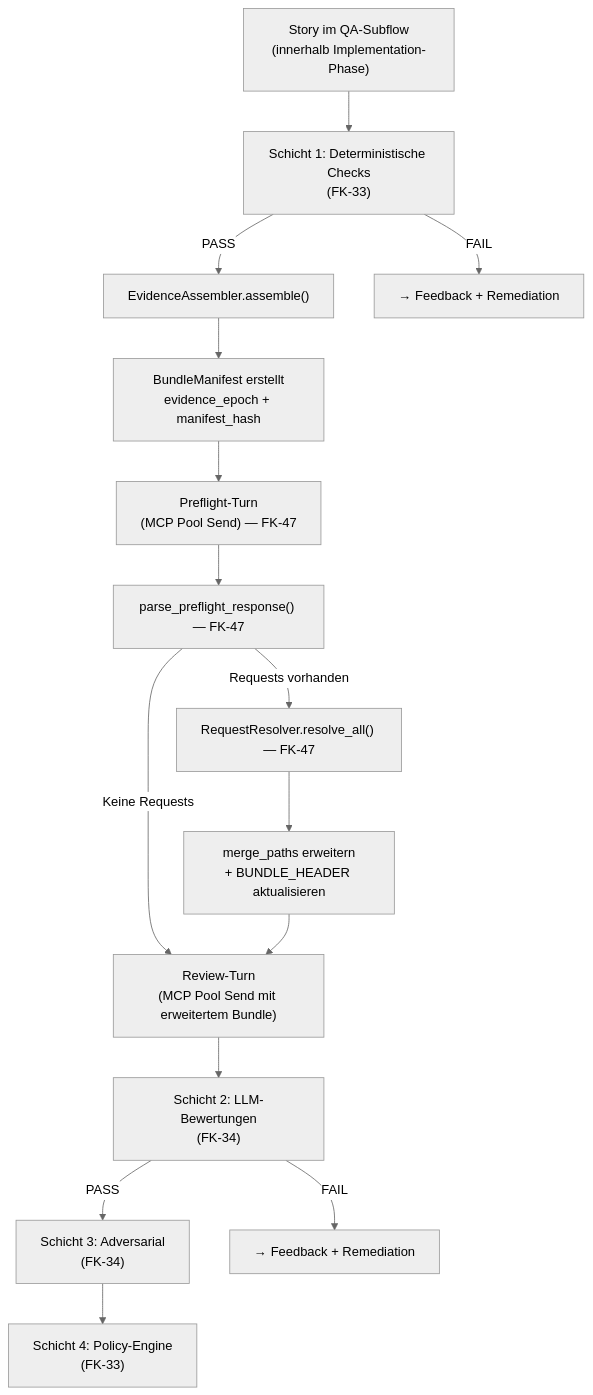
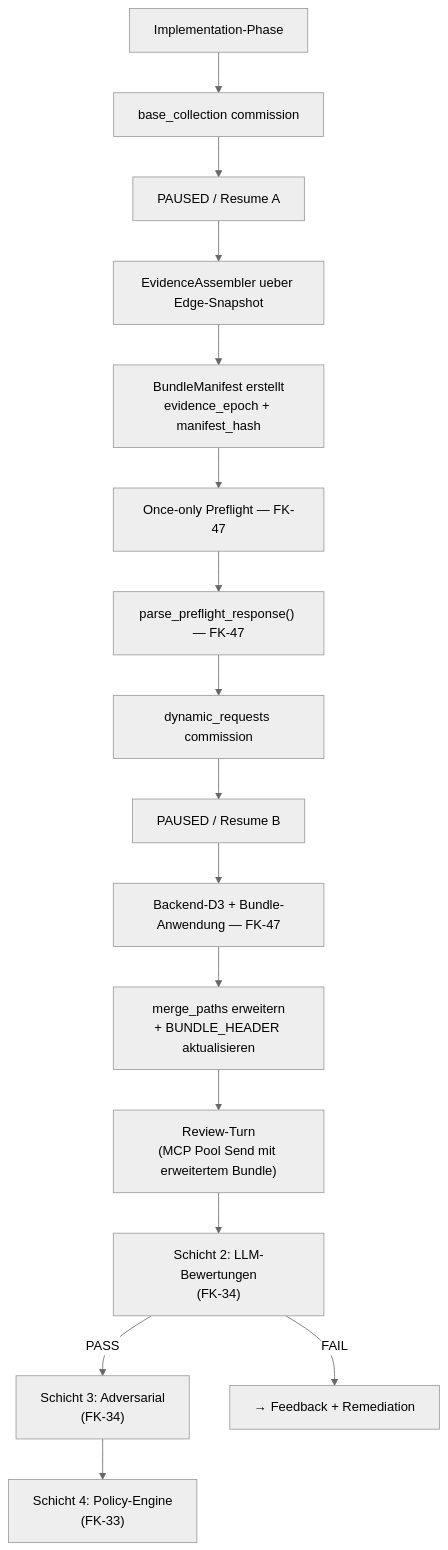
One commit to saltenhof/claude-agentkit3 changed the second of 2 diagrams in concept/technical-design/28_evidence_assembly_review_vorbereitung.md. Above: the diagram before and after it, drawn with Mermaid (neutral theme). The commit also changed other lines of this file and 59 other files, not shown here.

Commit message:
feat(AG3-156): relocate verify evidence collection to edge

````diff
--- a/concept/technical-design/28_evidence_assembly_review_vorbereitung.md
+++ b/concept/technical-design/28_evidence_assembly_review_vorbereitung.md
@@ -884,23 +877,21 @@
 ```mermaid
 flowchart TD
-    START["Story im QA-Subflow<br/>(innerhalb Implementation-Phase)"] --> L1["Schicht 1: Deterministische Checks<br/>(FK-33)"]
-    L1 -->|PASS| ASSEMBLE["EvidenceAssembler.assemble()"]
-    L1 -->|FAIL| FAIL_L1["→ Feedback + Remediation"]
-
+    START["Implementation-Phase"] --> BASE["base_collection commission"]
+    BASE --> PA["PAUSED / Resume A"]
+    PA --> ASSEMBLE["EvidenceAssembler ueber Edge-Snapshot"]
     ASSEMBLE --> MANIFEST["BundleManifest erstellt<br/>evidence_epoch + manifest_hash"]
-
-    MANIFEST --> PREFLIGHT["Preflight-Turn<br/>(MCP Pool Send) — FK-47"]
+    MANIFEST --> PREFLIGHT["Once-only Preflight — FK-47"]
     PREFLIGHT --> PARSE["parse_preflight_response() — FK-47"]
-
-    PARSE -->|Requests vorhanden| RESOLVE["RequestResolver.resolve_all() — FK-47"]
-    PARSE -->|Keine Requests| REVIEW
+    PARSE --> DYNAMIC["dynamic_requests commission"]
+    DYNAMIC --> PB["PAUSED / Resume B"]
+    PB --> RESOLVE["Backend-D3 + Bundle-Anwendung — FK-47"]
 
     RESOLVE --> EXTEND["merge_paths erweitern<br/>+ BUNDLE_HEADER aktualisieren"]
     EXTEND --> REVIEW
 
     REVIEW["Review-Turn<br/>(MCP Pool Send mit erweitertem Bundle)"]
     REVIEW --> L2["Schicht 2: LLM-Bewertungen<br/>(FK-34)"]
     L2 -->|PASS| L3["Schicht 3: Adversarial<br/>(FK-34)"]
     L2 -->|FAIL| FAIL_L2["→ Feedback + Remediation"]
     L3 --> L4["Schicht 4: Policy-Engine<br/>(FK-33)"]
 ```
````
